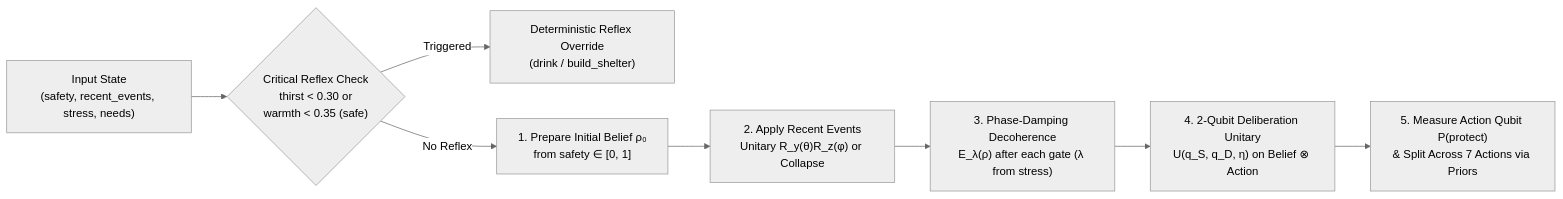
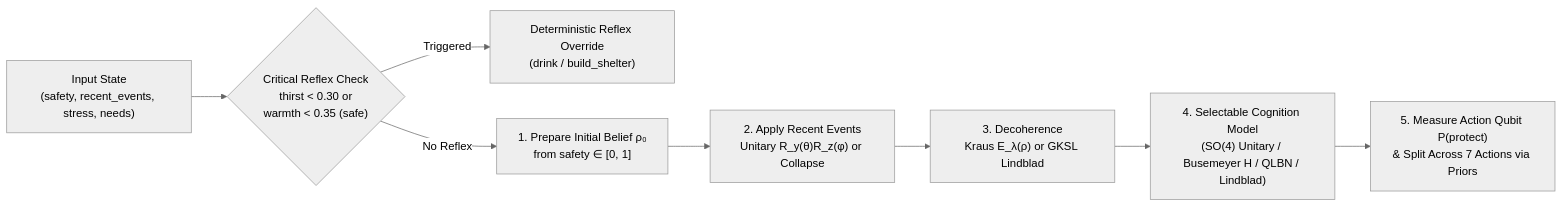
Before and after one commit to Muammal/Qiskit-Fest-Qognition: the diagram in docs/TECH_A_QUANTUM_MIND.md, drawn with Mermaid (neutral theme). The commit also changed other lines of this file and 26 other files, not shown here.

````diff
--- a/docs/TECH_A_QUANTUM_MIND.md
+++ b/docs/TECH_A_QUANTUM_MIND.md
@@ -14,10 +14,10 @@
 ```mermaid
 flowchart LR
     S["Input State\n(safety, recent_events, stress, needs)"] --> R{"Critical Reflex Check\nthirst < 0.30 or\nwarmth < 0.35 (safe)"}
     R -- "Triggered" --> REF["Deterministic Reflex Override\n(drink / build_shelter)"]
     R -- "No Reflex" --> B0["1. Prepare Initial Belief ρ₀\nfrom safety ∈ [0, 1]"]
     B0 --> EV["2. Apply Recent Events\nUnitary R_y(θ)R_z(φ) or Collapse"]
-    EV --> DEC["3. Phase-Damping Decoherence\nE_λ(ρ) after each gate (λ from stress)"]
-    DEC --> DEL["4. 2-Qubit Deliberation Unitary\nU(q_S, q_D, η) on Belief ⊗ Action"]
+    EV --> DEC["3. Decoherence\nKraus E_λ(ρ) or GKSL Lindblad"]
+    DEC --> DEL["4. Selectable Cognition Model\n(SO(4) Unitary / Busemeyer H / QLBN / Lindblad)"]
     DEL --> POOL["5. Measure Action Qubit P(protect)\n& Split Across 7 Actions via Priors"]
 ```
````
